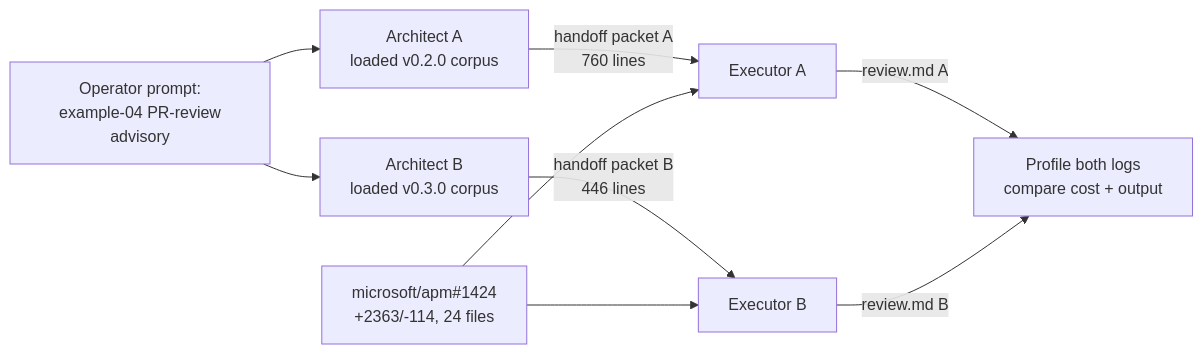
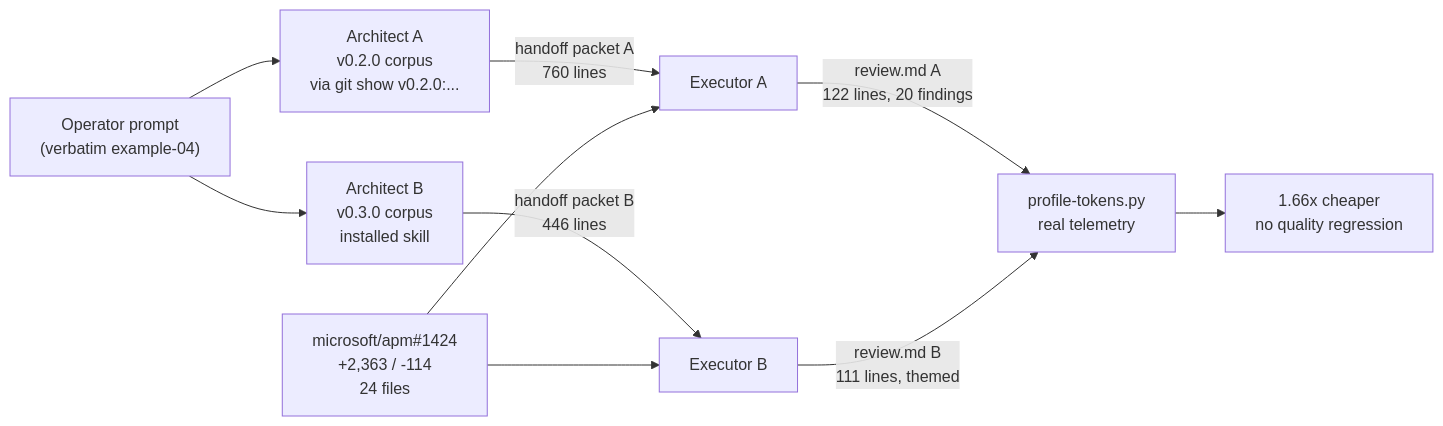
One commit to jeremiah-snee-openx/genesis changed the first of 3 diagrams in dev/empirical-proof/ab-experiment-apm-1424/REPORT.md. Above: the diagram before and after it, drawn with Mermaid. The commit also changed other lines of this file, not shown here.

First line of the commit message:
Replace REPORT.md with FinOps PR description body

````diff
--- a/dev/empirical-proof/ab-experiment-apm-1424/REPORT.md
+++ b/dev/empirical-proof/ab-experiment-apm-1424/REPORT.md
@@ -16,11 +26,12 @@
 ```mermaid
 flowchart LR
-    OP[Operator prompt:\n example-04 PR-review advisory] --> A0[Architect A\n loaded v0.2.0 corpus]
-    OP --> B0[Architect B\n loaded v0.3.0 corpus]
-    A0 -->|handoff packet A\n760 lines| EA[Executor A]
-    B0 -->|handoff packet B\n446 lines| EB[Executor B]
-    PR[microsoft/apm#1424\n+2363/-114, 24 files] --> EA
+    OP["Operator prompt<br/>(verbatim example-04)"] --> A0[Architect A<br/>v0.2.0 corpus<br/>via git show v0.2.0:...]
+    OP --> B0[Architect B<br/>v0.3.0 corpus<br/>installed skill]
+    A0 -->|handoff packet A<br/>760 lines| EA[Executor A]
+    B0 -->|handoff packet B<br/>446 lines| EB[Executor B]
+    PR["microsoft/apm#1424<br/>+2,363 / -114<br/>24 files"] --> EA
     PR --> EB
-    EA -->|review.md A| MEASURE[Profile both logs\n compare cost + output]
-    EB -->|review.md B| MEASURE
+    EA -->|review.md A<br/>122 lines, 20 findings| MEASURE[profile-tokens.py<br/>real telemetry]
+    EB -->|review.md B<br/>111 lines, themed| MEASURE
+    MEASURE --> REPORT[1.66x cheaper<br/>no quality regression]
 ```
````
